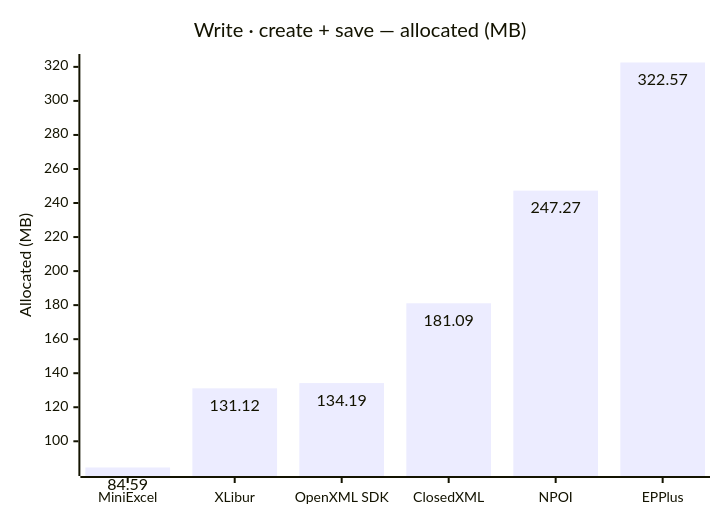
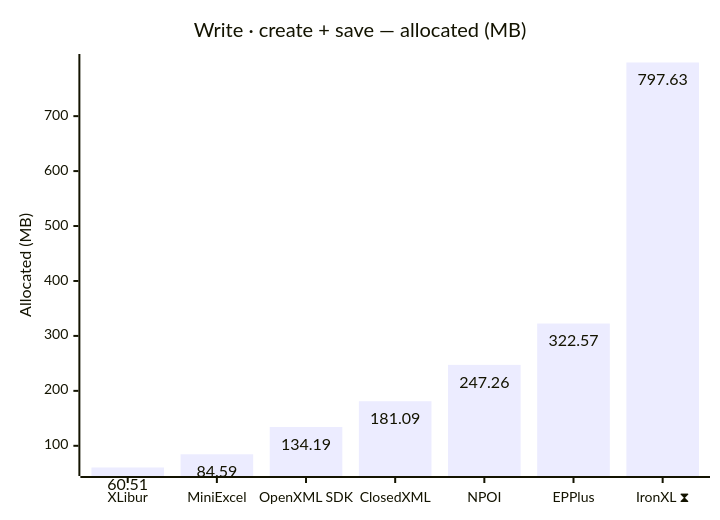
The sixth of 10 diagrams in docs/results-ci.md (jafin/XLBench), drawn with Mermaid before and after one commit. The commit also changed other lines of this file, not shown here.

````diff
--- a/docs/results-ci.md
+++ b/docs/results-ci.md
@@ -101,12 +106,12 @@
 ```mermaid
 ---
 config:
   xyChart:
     showDataLabel: true
 ---
 xychart-beta
     title "Write · create + save — allocated (MB)"
-    x-axis ["MiniExcel", "XLibur", "OpenXML SDK", "ClosedXML", "NPOI", "EPPlus"]
+    x-axis ["XLibur", "MiniExcel", "OpenXML SDK", "ClosedXML", "NPOI", "EPPlus", "IronXL ⧗"]
     y-axis "Allocated (MB)"
-    bar [84.59, 131.12, 134.19, 181.09, 247.27, 322.57]
+    bar [60.51, 84.59, 134.19, 181.09, 247.26, 322.57, 797.63]
 ```
````
